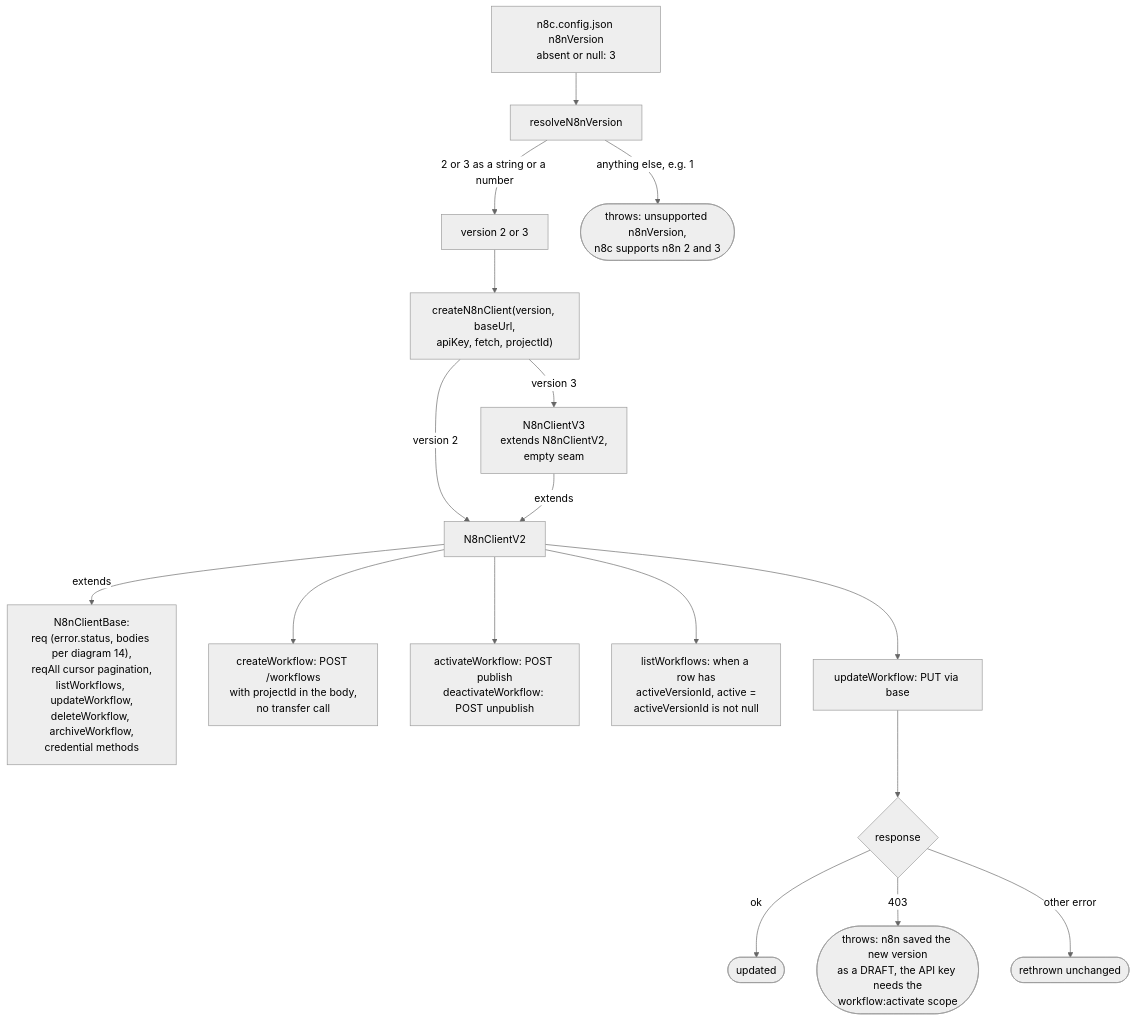
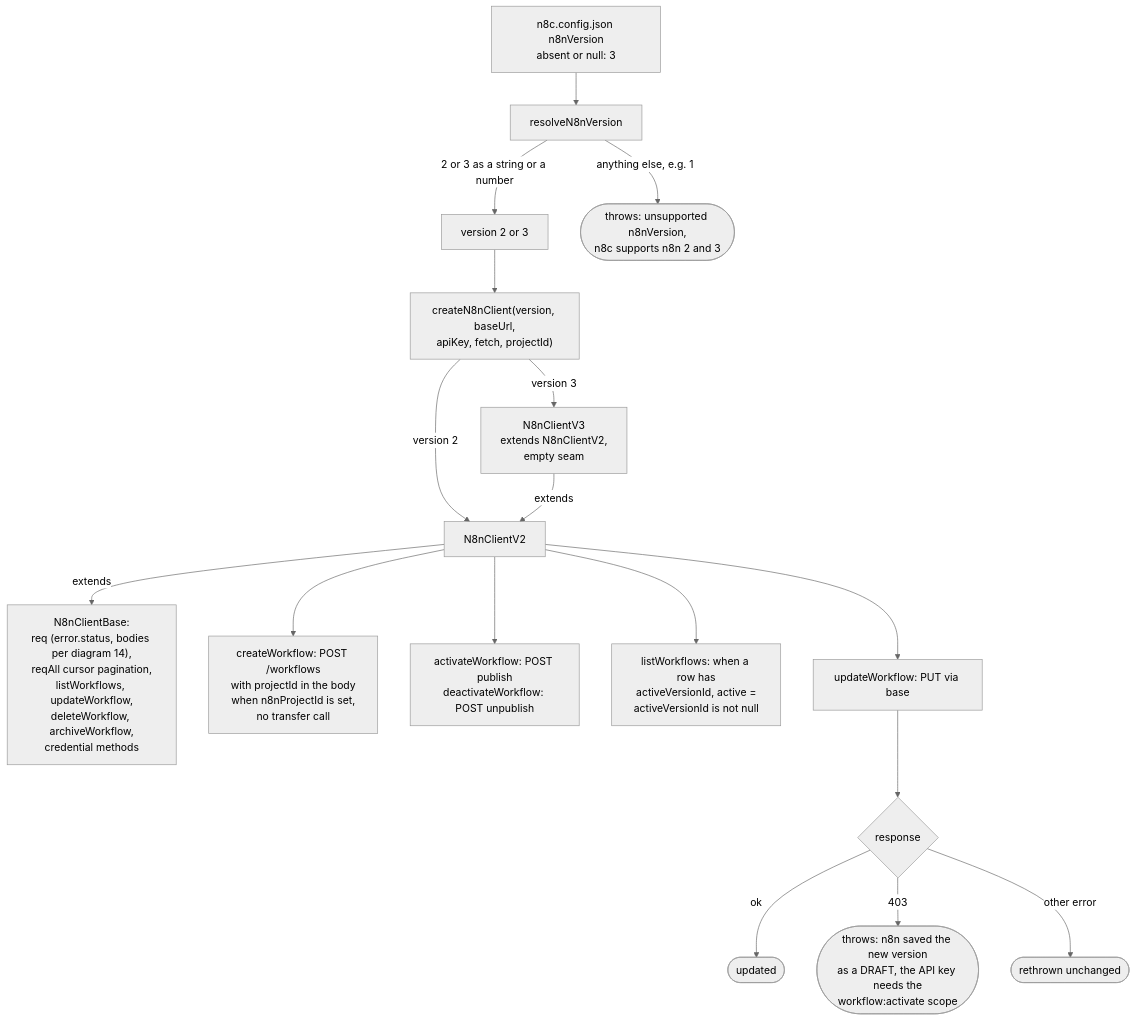
Diagram 15 of 15 in docs/ARCHITECTURE.md (nullseal/n8c), drawn with Mermaid (neutral theme) before and after one commit. The commit also changed 1 other file, not shown here.

Commit message:
docs: projectId is set at create time, not transferred

````diff
--- a/docs/ARCHITECTURE.md
+++ b/docs/ARCHITECTURE.md
@@ -786,19 +786,19 @@
 ```mermaid
 flowchart TD
     CFGV["n8c.config.json n8nVersion<br/>absent or null: 3"] --> RES["resolveN8nVersion"]
     RES -->|"2 or 3 as a string or a number"| OKV["version 2 or 3"]
     RES -->|"anything else, e.g. 1"| ERR(["throws: unsupported n8nVersion,<br/>n8c supports n8n 2 and 3"])
     OKV --> CRE["createN8nClient(version, baseUrl,<br/>apiKey, fetch, projectId)"]
     CRE -->|"version 2"| V2["N8nClientV2"]
     CRE -->|"version 3"| V3["N8nClientV3<br/>extends N8nClientV2,<br/>empty seam"]
     V3 -->|"extends"| V2
     V2 -->|"extends"| BASE["N8nClientBase:<br/>req (error.status, bodies per diagram 14),<br/>reqAll cursor pagination,<br/>listWorkflows, updateWorkflow,<br/>deleteWorkflow, archiveWorkflow,<br/>credential methods"]
-    V2 --> CW["createWorkflow: POST /workflows<br/>with projectId in the body,<br/>no transfer call"]
+    V2 --> CW["createWorkflow: POST /workflows<br/>with projectId in the body<br/>when n8nProjectId is set,<br/>no transfer call"]
     V2 --> AW["activateWorkflow: POST publish<br/>deactivateWorkflow: POST unpublish"]
     V2 --> LW["listWorkflows: when a row has<br/>activeVersionId, active =<br/>activeVersionId is not null"]
     V2 --> UW["updateWorkflow: PUT via base"]
     UW --> R{"response"}
     R -->|"ok"| DONE(["updated"])
     R -->|"403"| DRAFT(["throws: n8n saved the new version<br/>as a DRAFT, the API key needs the<br/>workflow:activate scope"])
     R -->|"other error"| RETH(["rethrown unchanged"])
 ```
````
